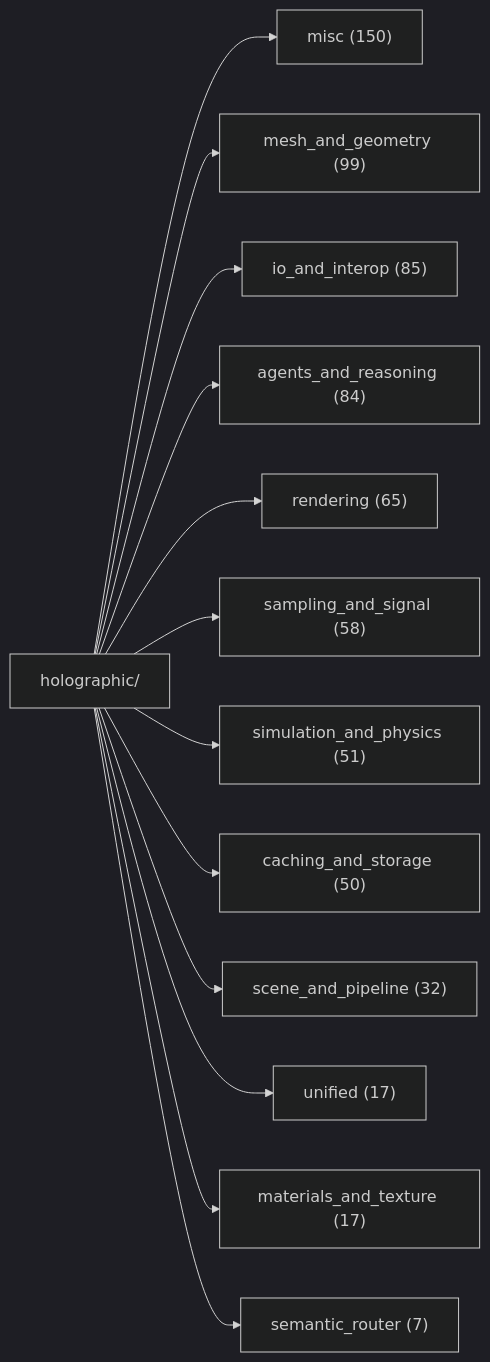
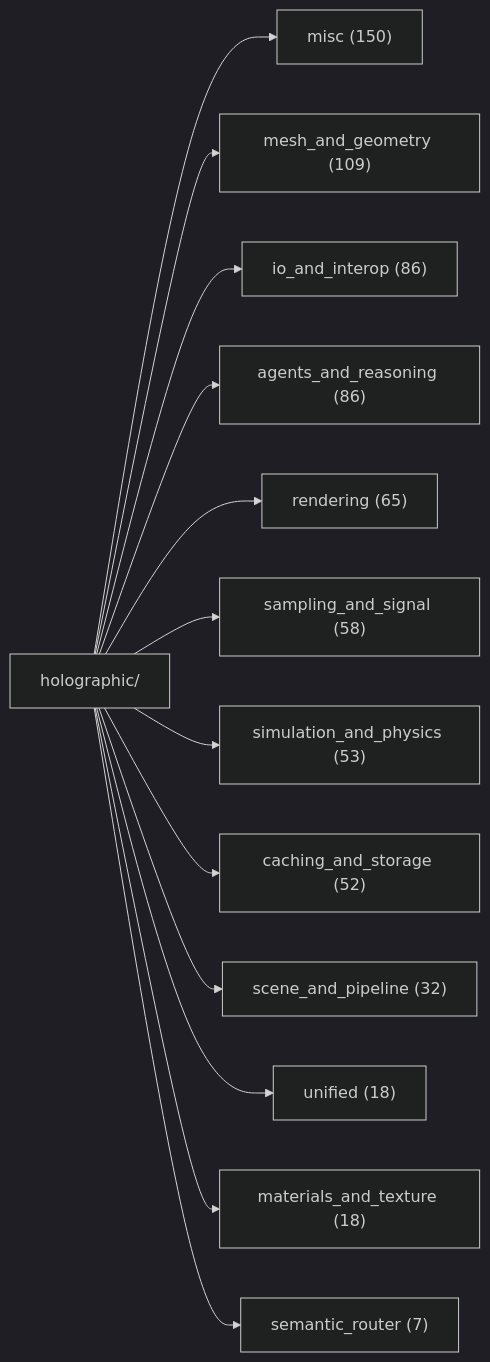
Before and after one commit to AnOversizedMooseWithSocks/leCore: the first of 2 diagrams in docs/DOC_MAP.md, drawn with Mermaid (dark theme). The commit also changed other lines of this file and 96 other files, not shown here.

````diff
--- a/docs/DOC_MAP.md
+++ b/docs/DOC_MAP.md
@@ -35,16 +35,16 @@
 ```mermaid
 graph LR
     H[holographic/]
     H --> misc["misc (150)"]
-    H --> mesh["mesh_and_geometry (99)"]
-    H --> io_a["io_and_interop (85)"]
-    H --> agen["agents_and_reasoning (84)"]
+    H --> mesh["mesh_and_geometry (109)"]
+    H --> io_a["io_and_interop (86)"]
+    H --> agen["agents_and_reasoning (86)"]
     H --> rend["rendering (65)"]
     H --> samp["sampling_and_signal (58)"]
-    H --> simu["simulation_and_physics (51)"]
-    H --> cach["caching_and_storage (50)"]
+    H --> simu["simulation_and_physics (53)"]
+    H --> cach["caching_and_storage (52)"]
     H --> scen["scene_and_pipeline (32)"]
-    H --> unif["unified (17)"]
-    H --> mate["materials_and_texture (17)"]
+    H --> unif["unified (18)"]
+    H --> mate["materials_and_texture (18)"]
     H --> sema["semantic_router (7)"]
 ```
````
